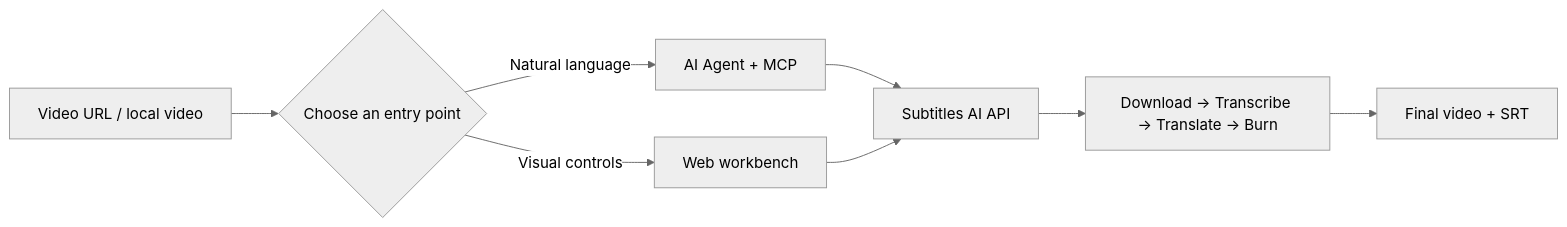
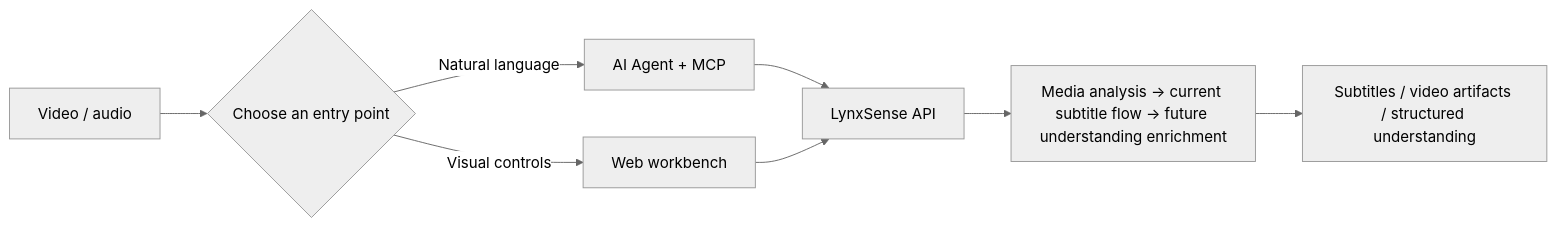
One commit to S-zhi/LynxSense changed the first of 2 diagrams in README.en.md. Above: the diagram before and after it, drawn with Mermaid (neutral theme). The commit also changed other lines of this file and 2 other files, not shown here.

Commit message:
docs: position LynxSense as media understanding platform

````diff
--- a/README.en.md
+++ b/README.en.md
@@ -38,10 +50,10 @@
 ```mermaid
 flowchart LR
-    Input["Video URL / local video"] --> Entry{"Choose an entry point"}
+    Input["Video / audio"] --> Entry{"Choose an entry point"}
     Entry -->|Natural language| Agent["AI Agent + MCP"]
     Entry -->|Visual controls| Web["Web workbench"]
-    Agent --> API["Subtitles AI API"]
+    Agent --> API["LynxSense API"]
     Web --> API
-    API --> Pipeline["Download → Transcribe → Translate → Burn"]
-    Pipeline --> Output["Final video + SRT"]
+    API --> Pipeline["Media analysis → current subtitle flow → future understanding enrichment"]
+    Pipeline --> Output["Subtitles / video artifacts / structured understanding"]
 ```
````
